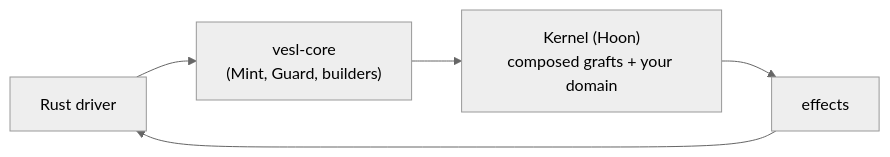
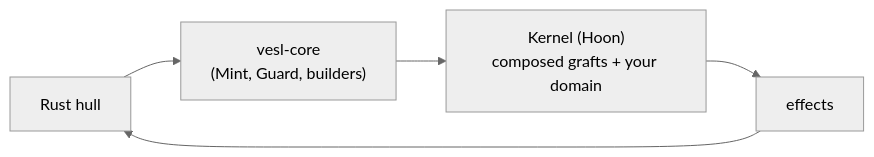
The diagram in docs/welcome/what-is-vesl.md (zkvesl/docs), drawn with Mermaid (neutral theme) before and after one commit. The commit also changed other lines of this file and 7 other files, not shown here.

````diff
--- a/docs/welcome/what-is-vesl.md
+++ b/docs/welcome/what-is-vesl.md
@@ -11,9 +11,9 @@
 ```mermaid
 flowchart LR
-    driver["Rust driver"]
+    hull["Rust hull"]
     core["vesl-core<br/>(Mint, Guard, builders)"]
     kernel["Kernel (Hoon)<br/>composed grafts + your domain"]
     effects["effects"]
-    driver --> core --> kernel
-    kernel --> effects --> driver
+    hull --> core --> kernel
+    kernel --> effects --> hull
 ```
````
